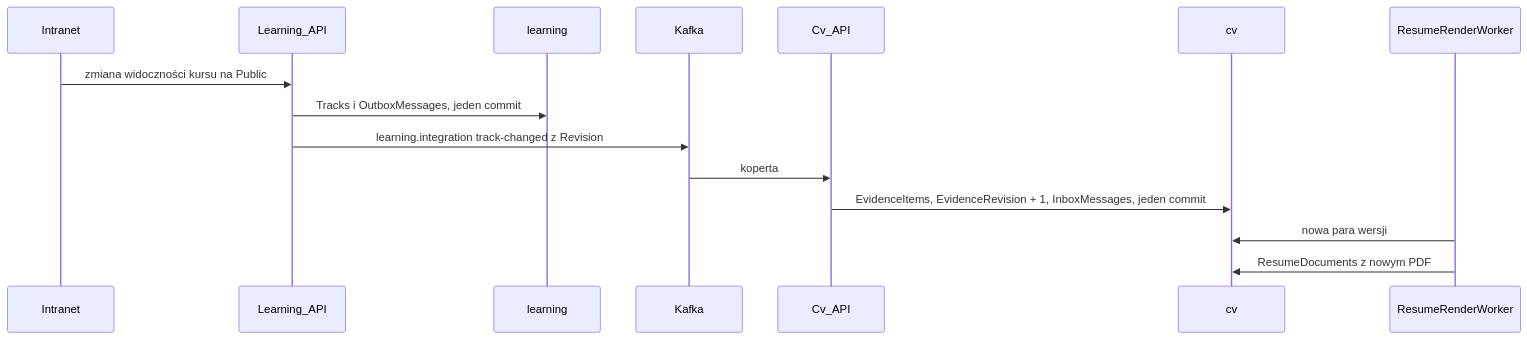
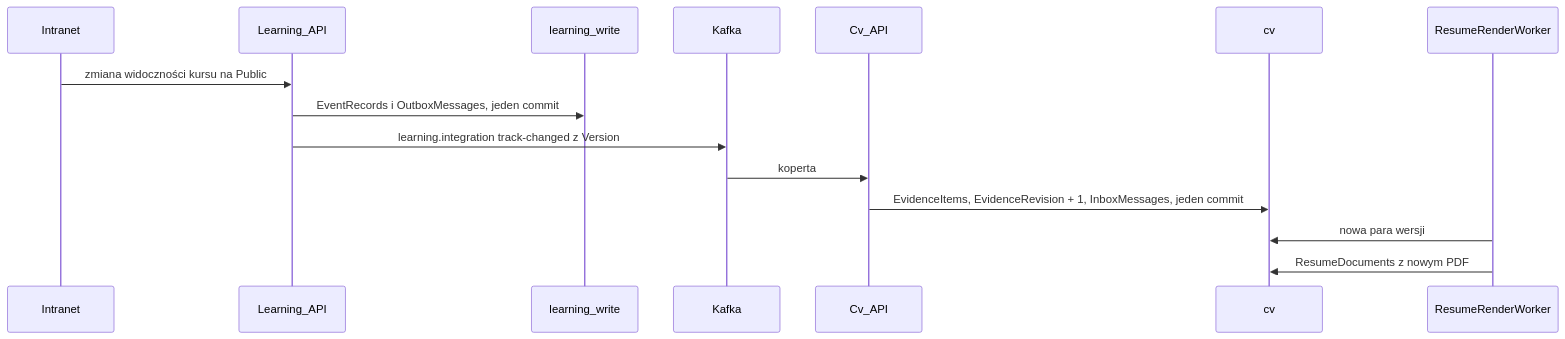
Before and after one commit to jtjaskulski/JJDevHub: the fourth of 4 diagrams in docs/api/architektura.md, drawn with Mermaid. The commit also changed other lines of this file and 8 other files, not shown here.

First line of the commit message:
Update documentation to reflect changes in event sourcing and service architecture

````diff
--- a/docs/api/architektura.md
+++ b/docs/api/architektura.md
@@ -131,17 +134,17 @@
 ```mermaid
 sequenceDiagram
   participant owner as Intranet
   participant learning as Learning_API
-  participant ldb as learning
+  participant ldb as learning_write
   participant kafka as Kafka
   participant cv as Cv_API
   participant cvdb as cv
   participant worker as ResumeRenderWorker
   owner->>learning: zmiana widoczności kursu na Public
-  learning->>ldb: Tracks i OutboxMessages, jeden commit
-  learning->>kafka: learning.integration track-changed z Revision
+  learning->>ldb: EventRecords i OutboxMessages, jeden commit
+  learning->>kafka: learning.integration track-changed z Version
   kafka->>cv: koperta
   cv->>cvdb: EvidenceItems, EvidenceRevision + 1, InboxMessages, jeden commit
   worker->>cvdb: nowa para wersji
   worker->>cvdb: ResumeDocuments z nowym PDF
 ```
````
